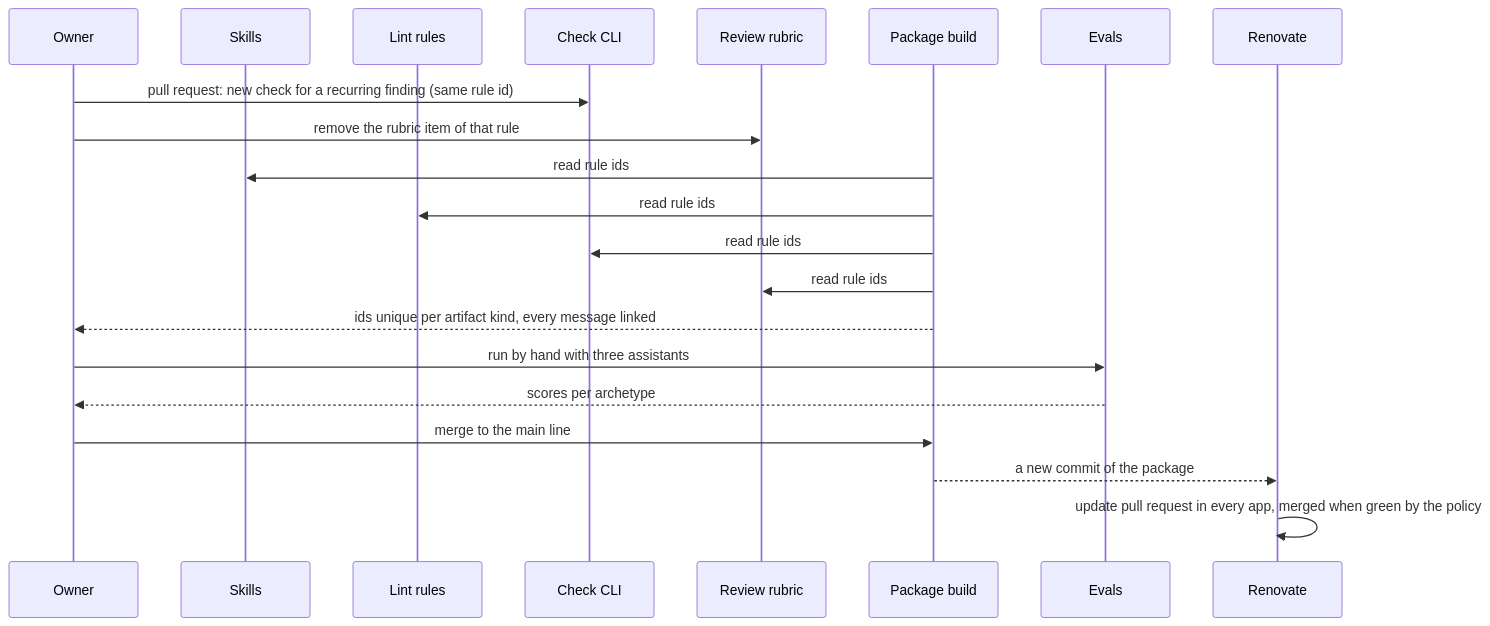
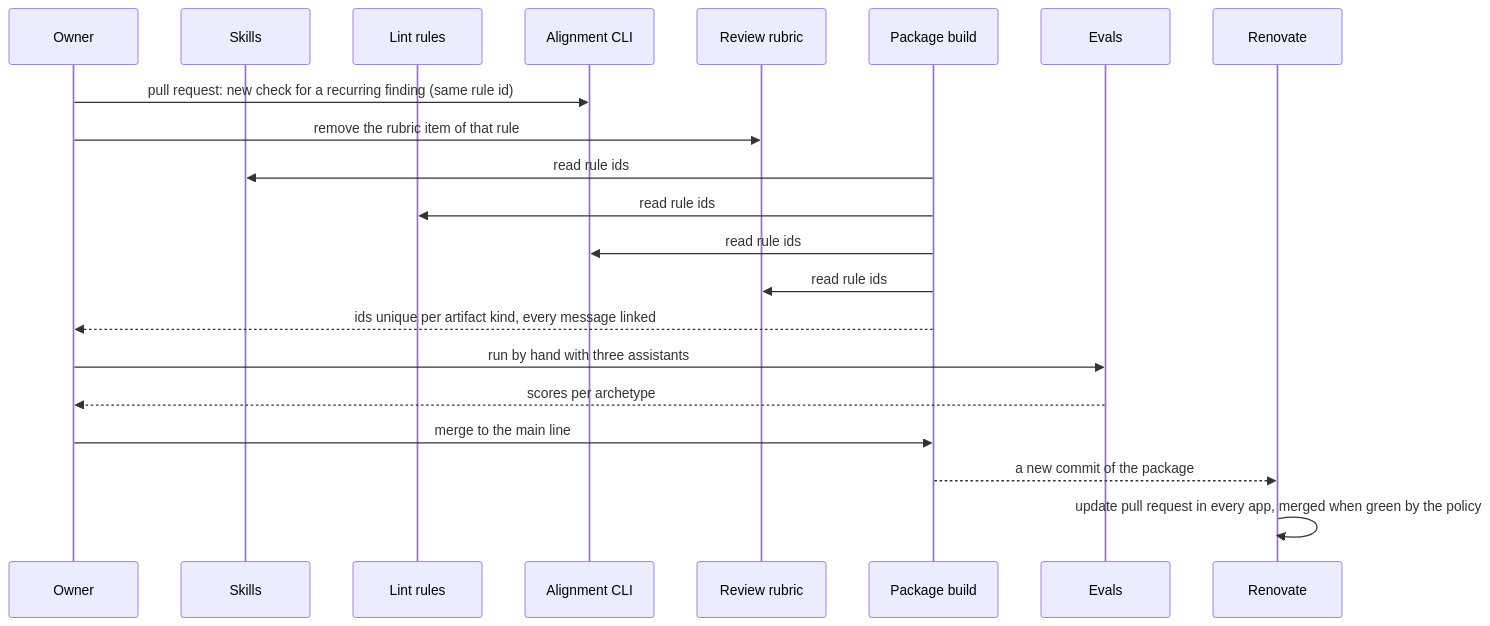
The sixth of 6 diagrams in docs/arc42/06-runtime-view.arc42.md (lernapps/tooling), drawn with Mermaid before and after one commit. The commit also changed other lines of this file and 2 other files, not shown here.

First line of the commit message:
docs(architecture): the building block Check CLI is now the Alignment CLI

````diff
--- a/docs/arc42/06-runtime-view.arc42.md
+++ b/docs/arc42/06-runtime-view.arc42.md
@@ -295,23 +295,23 @@
 ```mermaid
 sequenceDiagram
     participant owner as Owner
     participant skills as Skills
     participant lint as Lint rules
-    participant check as Check CLI
+    participant check as Alignment CLI
     participant procedure as Review rubric
     participant package as Package build
     participant evals as Evals
     participant github as Renovate
     owner->>check: pull request: new check for a recurring finding (same rule id)
     owner->>procedure: remove the rubric item of that rule
     package->>skills: read rule ids
     package->>lint: read rule ids
     package->>check: read rule ids
     package->>procedure: read rule ids
     package-->>owner: ids unique per artifact kind, every message linked
     owner->>evals: run by hand with three assistants
     evals-->>owner: scores per archetype
     owner->>package: merge to the main line
     package-->>github: a new commit of the package
     github->>github: update pull request in every app, merged when green by the policy
 ```
````
